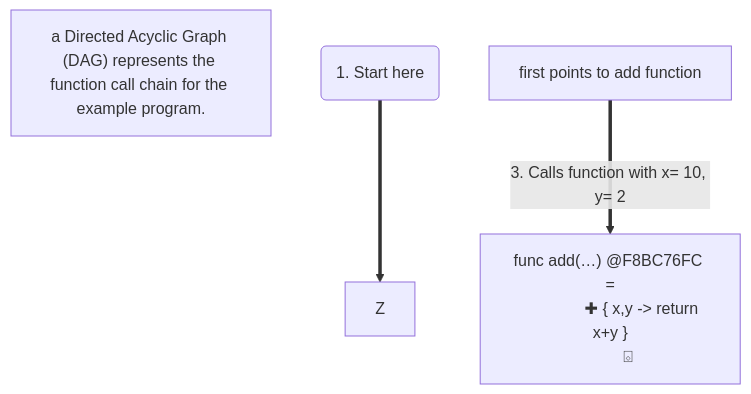
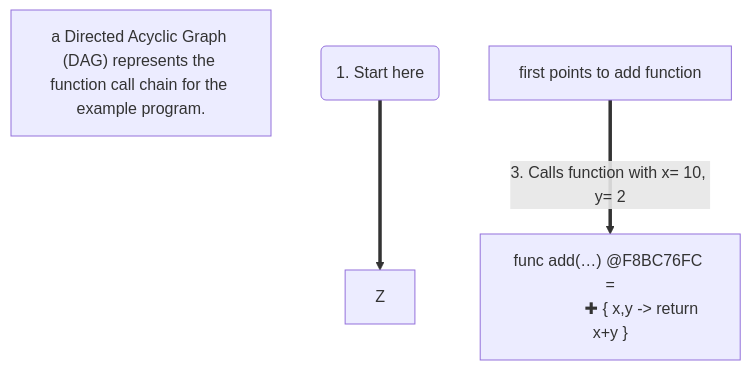
One commit to realityexpander/How_to_program_from_ground_up changed the first of 2 diagrams in 10-FunctionalProgramming.md. Above: the diagram before and after it, drawn with Mermaid.

Commit message:
improve diagram

````diff
--- a/10-FunctionalProgramming.md
+++ b/10-FunctionalProgramming.md
@@ -50,11 +50,11 @@
 ```mermaid
 flowchart TB
 
     note["`a Directed Acyclic Graph (DAG) represents the function call chain for the example program.`"]
 
     start(" 1. Start here") ==> Z
 
     X["first points to add function "] ==>| 3. Calls function with x= 10, y= 2| addFn[" func add(…) @F8BC76FC =
                ✚ { x,y -> return x+y }
-        ⌺"]
+        "]
 ```
````
